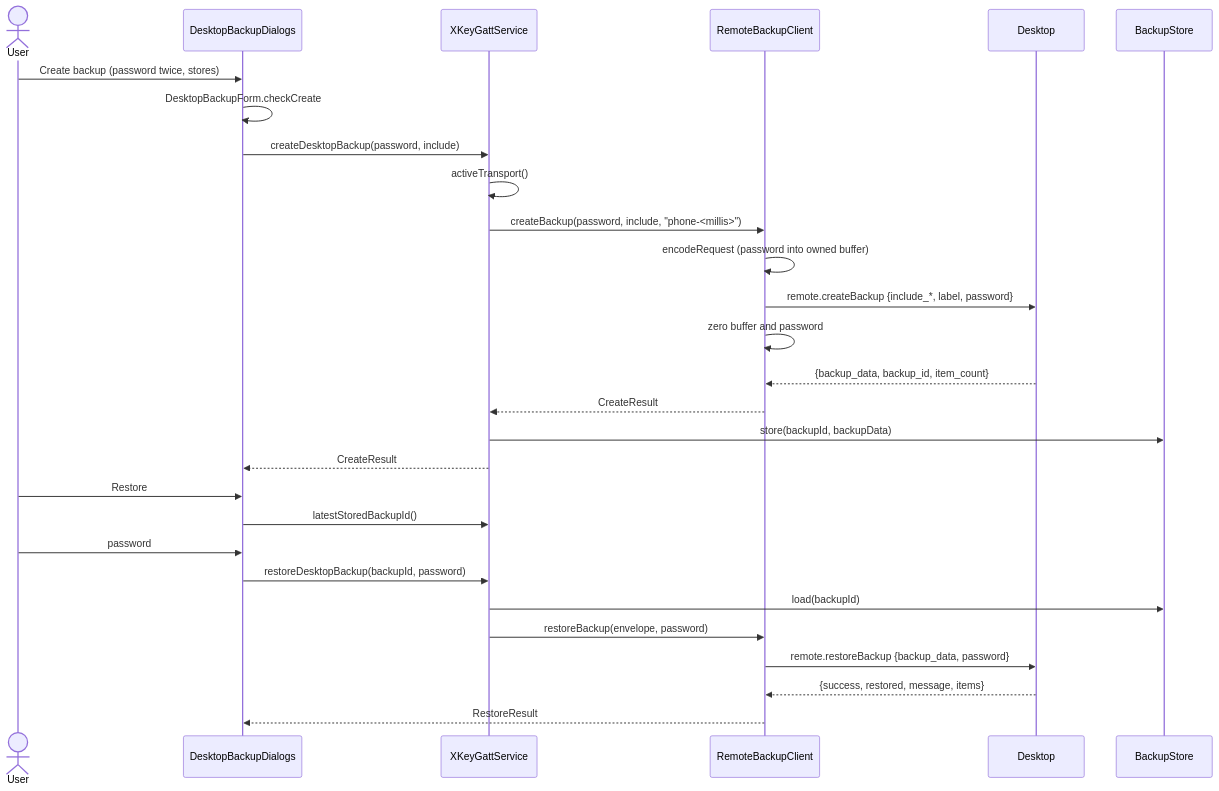
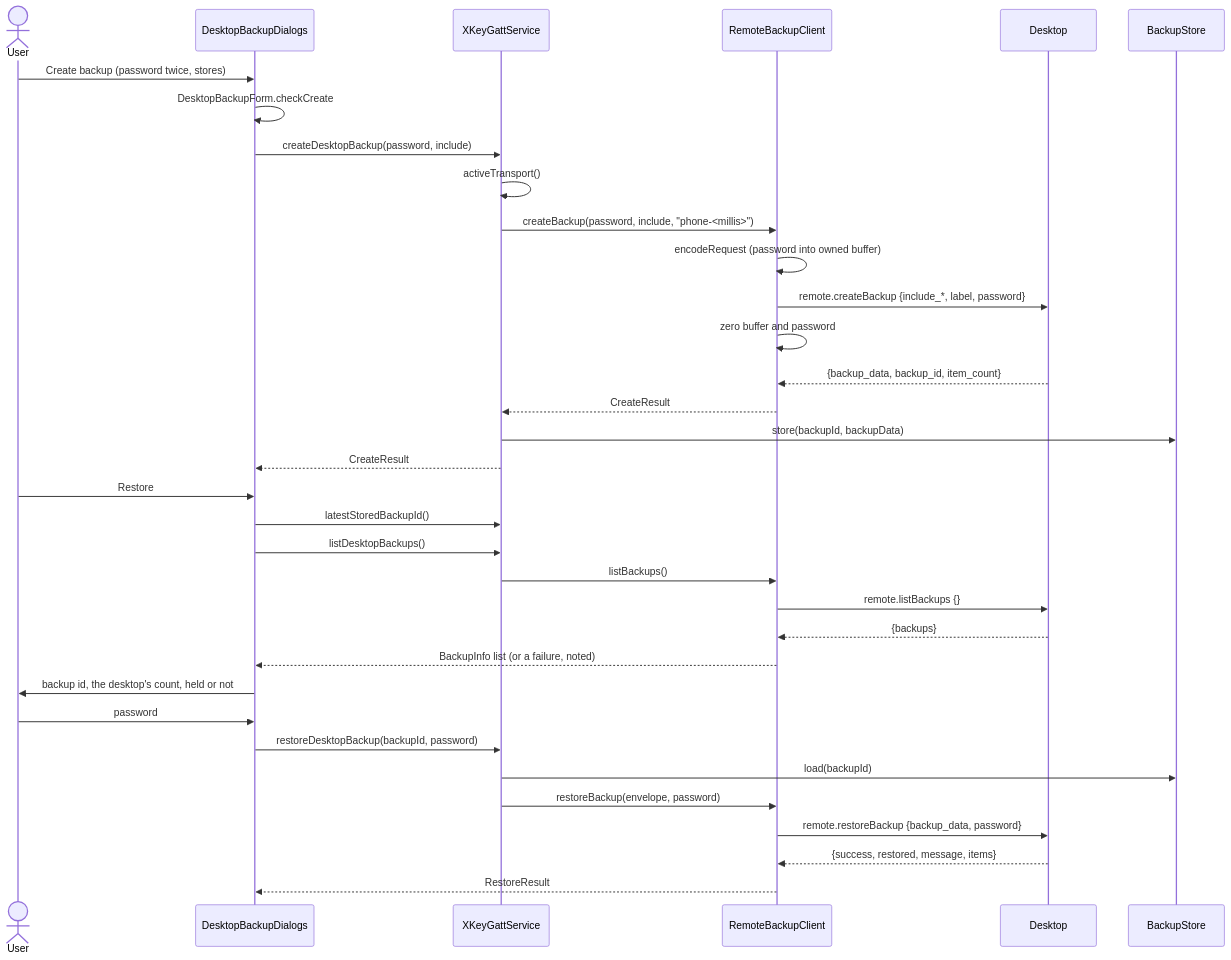
Before and after one commit to jeremyhahn/xkey-android: the diagram in docs/remote-backup-password/architecture.md, drawn with Mermaid. The commit also changed other lines of this file and 2 other files, not shown here.

First line of the commit message:
docs: store-sync and remote-backup-password for listBackups and syncStatus

````diff
--- a/docs/remote-backup-password/architecture.md
+++ b/docs/remote-backup-password/architecture.md
@@ -51,32 +59,38 @@
 ```mermaid
 sequenceDiagram
     actor User
     participant Dlg as DesktopBackupDialogs
     participant Svc as XKeyGattService
     participant RBC as RemoteBackupClient
     participant Desk as Desktop
     participant BS as BackupStore
 
     User->>Dlg: Create backup (password twice, stores)
     Dlg->>Dlg: DesktopBackupForm.checkCreate
     Dlg->>Svc: createDesktopBackup(password, include)
     Svc->>Svc: activeTransport()
     Svc->>RBC: createBackup(password, include, "phone-<millis>")
     RBC->>RBC: encodeRequest (password into owned buffer)
     RBC->>Desk: remote.createBackup {include_*, label, password}
     RBC->>RBC: zero buffer and password
     Desk-->>RBC: {backup_data, backup_id, item_count}
     RBC-->>Svc: CreateResult
     Svc->>BS: store(backupId, backupData)
     Svc-->>Dlg: CreateResult
 
     User->>Dlg: Restore
     Dlg->>Svc: latestStoredBackupId()
+    Dlg->>Svc: listDesktopBackups()
+    Svc->>RBC: listBackups()
+    RBC->>Desk: remote.listBackups {}
+    Desk-->>RBC: {backups}
+    RBC-->>Dlg: BackupInfo list (or a failure, noted)
+    Dlg->>User: backup id, the desktop's count, held or not
     User->>Dlg: password
     Dlg->>Svc: restoreDesktopBackup(backupId, password)
     Svc->>BS: load(backupId)
     Svc->>RBC: restoreBackup(envelope, password)
     RBC->>Desk: remote.restoreBackup {backup_data, password}
     Desk-->>RBC: {success, restored, message, items}
     RBC-->>Dlg: RestoreResult
 ```
````
